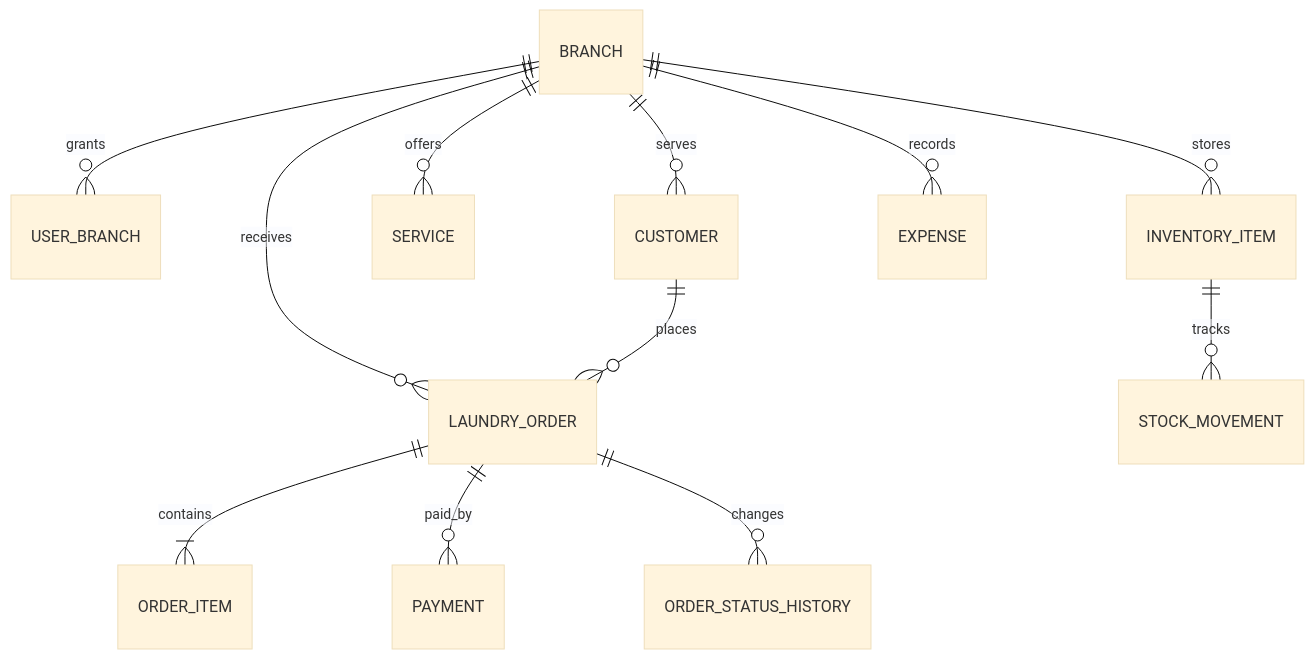
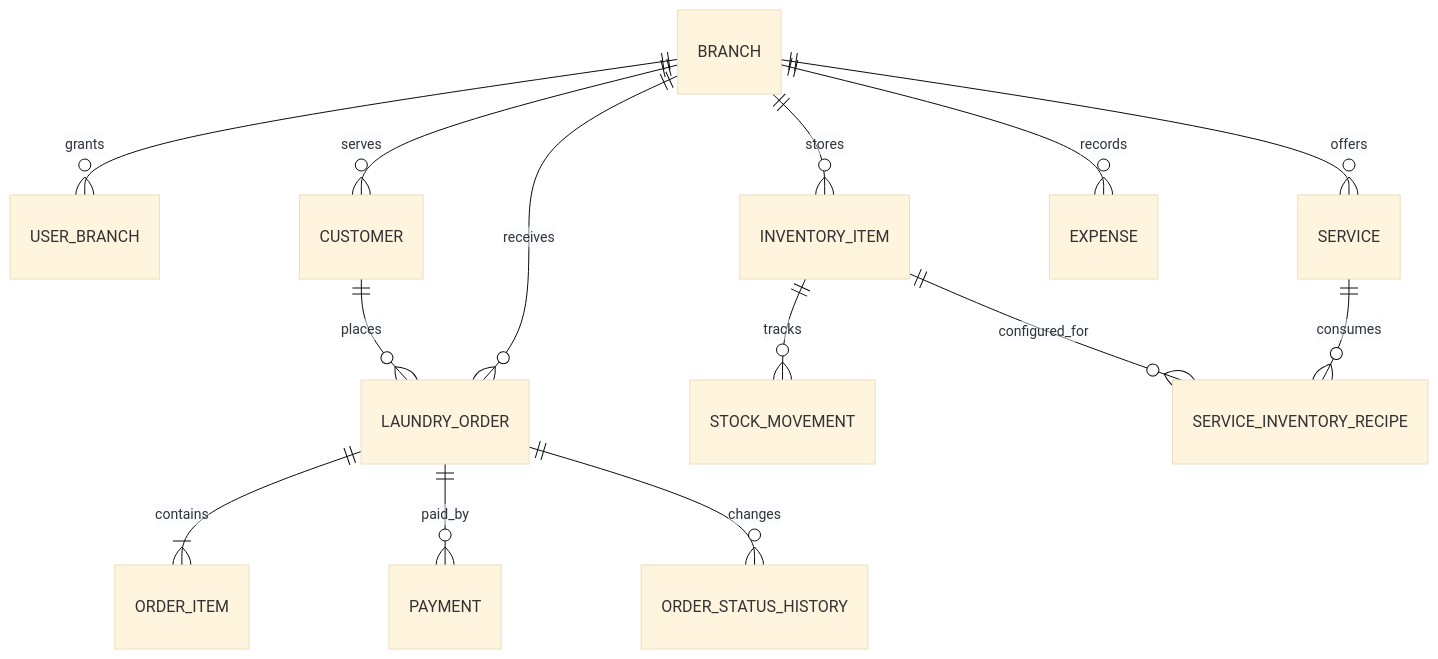
Before and after one commit to sulaksana23/laundry: the diagram in docs/database.md, drawn with Mermaid (base theme). The commit also changed other lines of this file and 23 other files, not shown here.

````diff
--- a/docs/database.md
+++ b/docs/database.md
@@ -13,14 +11,16 @@
 ```mermaid
 erDiagram
   BRANCH ||--o{ USER_BRANCH : grants
   BRANCH ||--o{ CUSTOMER : serves
   BRANCH ||--o{ SERVICE : offers
   BRANCH ||--o{ LAUNDRY_ORDER : receives
   CUSTOMER ||--o{ LAUNDRY_ORDER : places
   LAUNDRY_ORDER ||--|{ ORDER_ITEM : contains
   LAUNDRY_ORDER ||--o{ PAYMENT : paid_by
   LAUNDRY_ORDER ||--o{ ORDER_STATUS_HISTORY : changes
   BRANCH ||--o{ INVENTORY_ITEM : stores
   INVENTORY_ITEM ||--o{ STOCK_MOVEMENT : tracks
+  SERVICE ||--o{ SERVICE_INVENTORY_RECIPE : consumes
+  INVENTORY_ITEM ||--o{ SERVICE_INVENTORY_RECIPE : configured_for
   BRANCH ||--o{ EXPENSE : records
 ```
````
